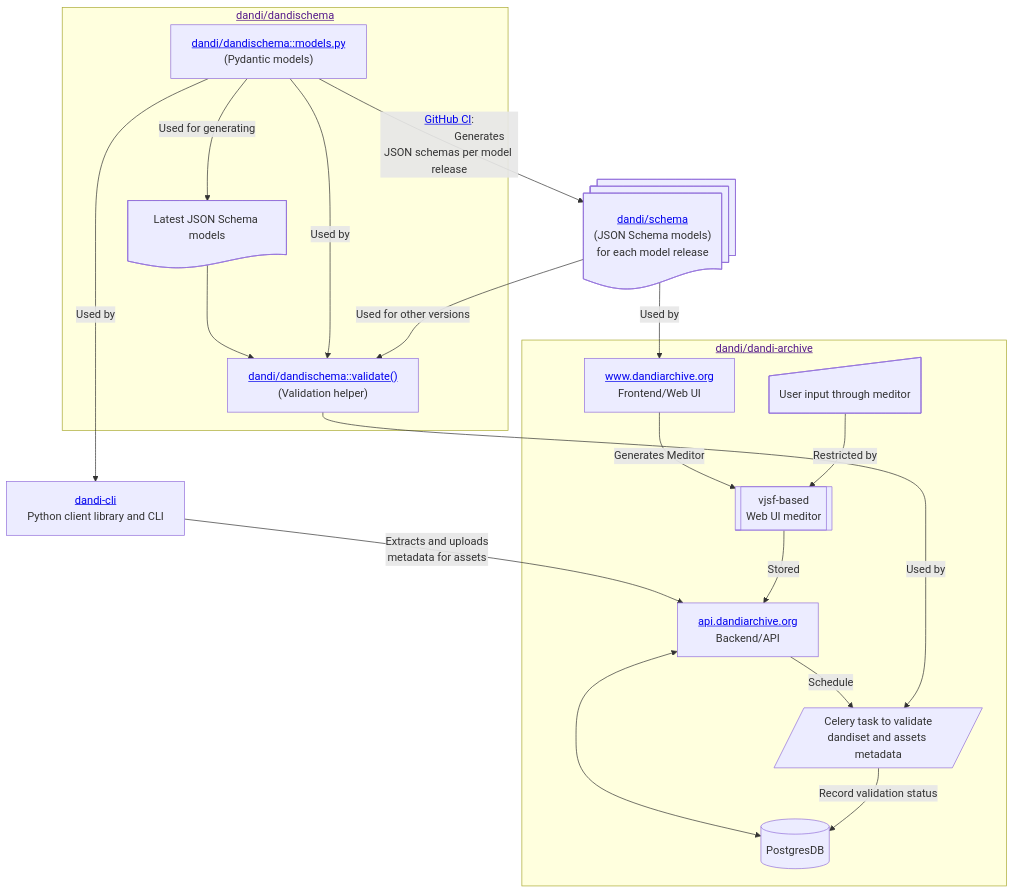
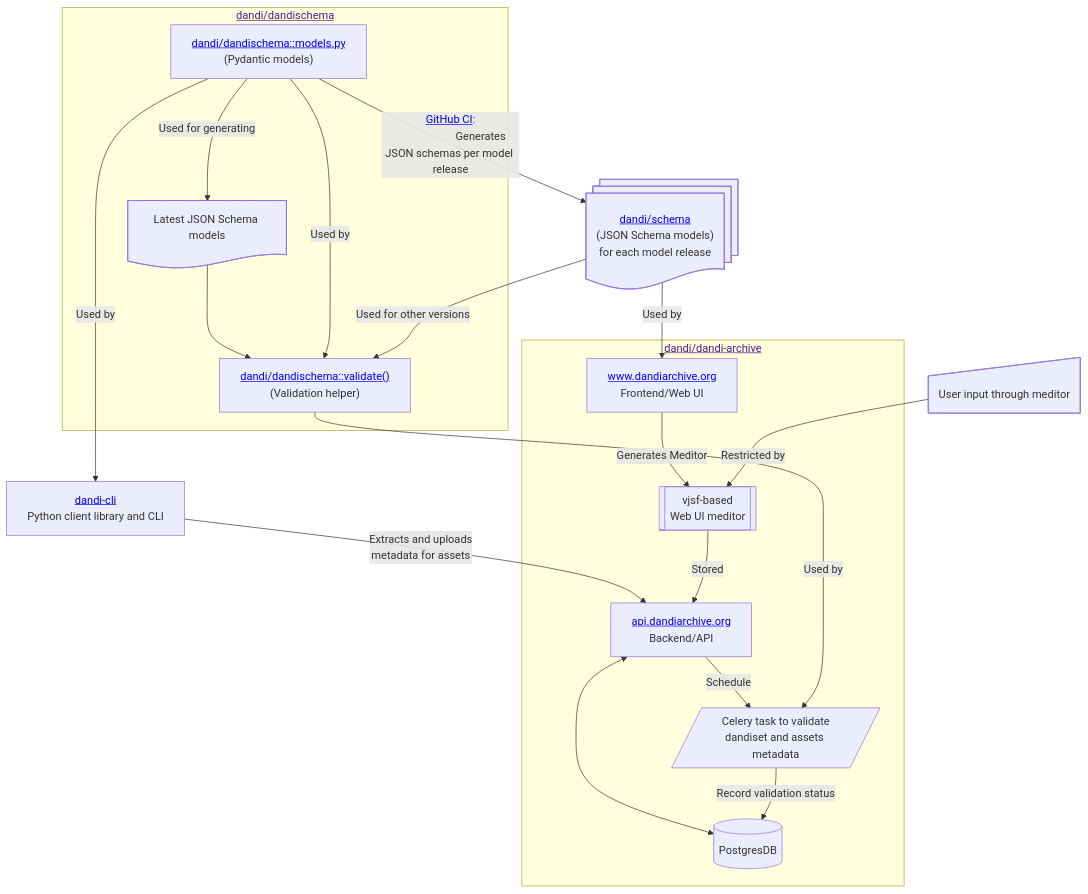
One commit to candleindark/dandi-models-mermaid changed the diagram in dandi-models.mmd. Above: the diagram before and after it, drawn with Mermaid.

Commit message:
reorganize subgraph `dandi-archive`

```diff
--- a/dandi-models.mmd
+++ b/dandi-models.mmd
@@ -1,55 +1,55 @@
 flowchart TD
     dandi_json["<a href='https://github.com/dandi/schema'>dandi/schema</a><br/>(JSON Schema models)<br/>for each model release"]@{ shape: docs }
     dandi_cli["<a href='https://github.com/dandi/dandi-cli'>dandi-cli</a><br/>Python client library and CLI"]
+    meditor_input["User input through meditor"]@{ shape: manual-input }
 
     subgraph "<a href=''>dandi/dandischema</a>"
         %% nodes
         dandi_pydantic["<a href='https://github.com/dandi/dandi-schema/blob/master/dandischema/models.py'>dandi/dandischema::models.py</a><br/>(Pydantic models)"]
         dandi_validate["<a href='https://github.com/dandi/dandi-schema/blob/c3007768e002c9f51ea37b5e6b3628f7f7f20943/dandischema/metadata.py#L195'>dandi/dandischema::validate()</a><br/>(Validation helper)"]
         dandi_json_runtime[Latest JSON Schema models]@{ shape: doc }
 
         %% edges
         dandi_pydantic -->|Used for generating| dandi_json_runtime --> dandi_validate
     end
 
     subgraph "<a href=''>dandi/dandi-archive</a>"
+        %% nodes
         dandi_archive_db[(PostgresDB)]
         dandi_archive_backend["<a href='https://api.dandiarchive.org'>api.dandiarchive.org</a><br/>Backend/API"]
         dandi_archive_frontend["<a href='https://www.dandiarchive.org'>www.dandiarchive.org</a><br/>Frontend/Web UI"]
         %% user_input_data["User input data"]@{ shape: manual-input }
         meditor[[vjsf-based<br/>Web UI meditor]]
-        meditor_input["User input through meditor"]@{ shape: manual-input }
-
         dandi_archive_validate[/Celery task to validate<br/>dandiset and assets metadata/]
     end
 
     dandi_pydantic -->|<a href="https://github.com/dandi/dandi-schema/blob/master/.github/workflows/release.yml">GitHub CI</a>:
                        Generates JSON schemas per model release| dandi_json
 
     %% dandi/dandischema does use JSON schema models during validation
 
     dandi_pydantic -->|Used by| dandi_cli
     dandi_pydantic -->|Used by| dandi_validate
     dandi_json -->|Used for other versions| dandi_validate
 
     dandi_archive_backend --> |Schedule| dandi_archive_validate
     dandi_archive_backend <--->  dandi_archive_db
     dandi_validate -->|Used by| dandi_archive_validate
     %%?? dandi_validate -->|Used by| dandi_cli
 
     %% dandi_json -->|Used by| dandi_archive_backend
     dandi_json -->|Used by| dandi_archive_frontend
 
 
     %% datasets[NWB/BIDS]
     %% user_input_data --> |Expressed as| datasets
     %%  datasets --> |Extracts metadata by| dandi_cli
     dandi_cli --> |Extracts and uploads<br/>metadata for assets| dandi_archive_backend
     %% We always upload Asset pyndatic model, but it might be minimally
     %% populated if there was an error while extracting metadata
 
     dandi_archive_frontend --> |Generates Meditor| meditor
     meditor_input --> | Restricted by| meditor
     meditor --> |Stored| dandi_archive_backend
 
     dandi_archive_validate --> |Record validation status| dandi_archive_db
```
